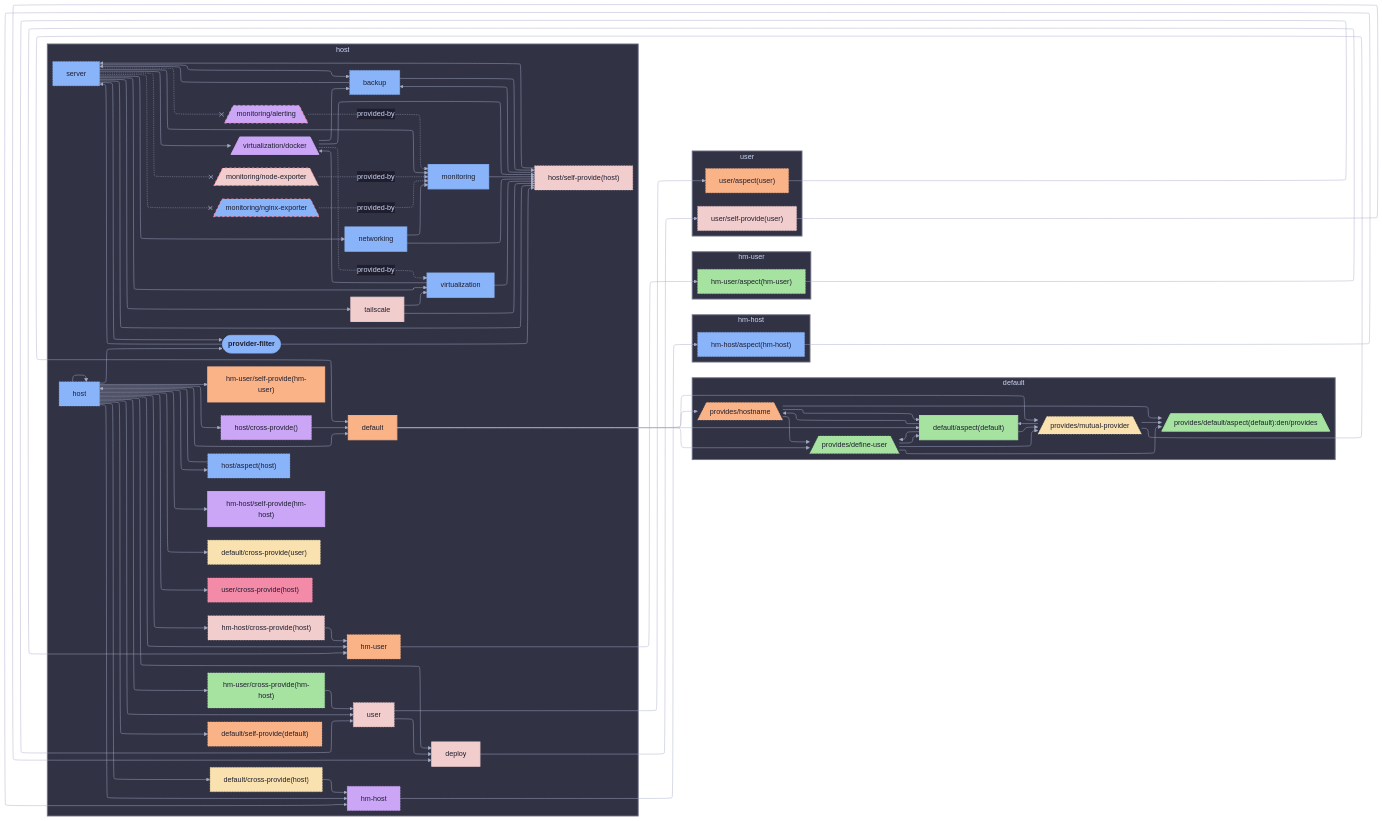
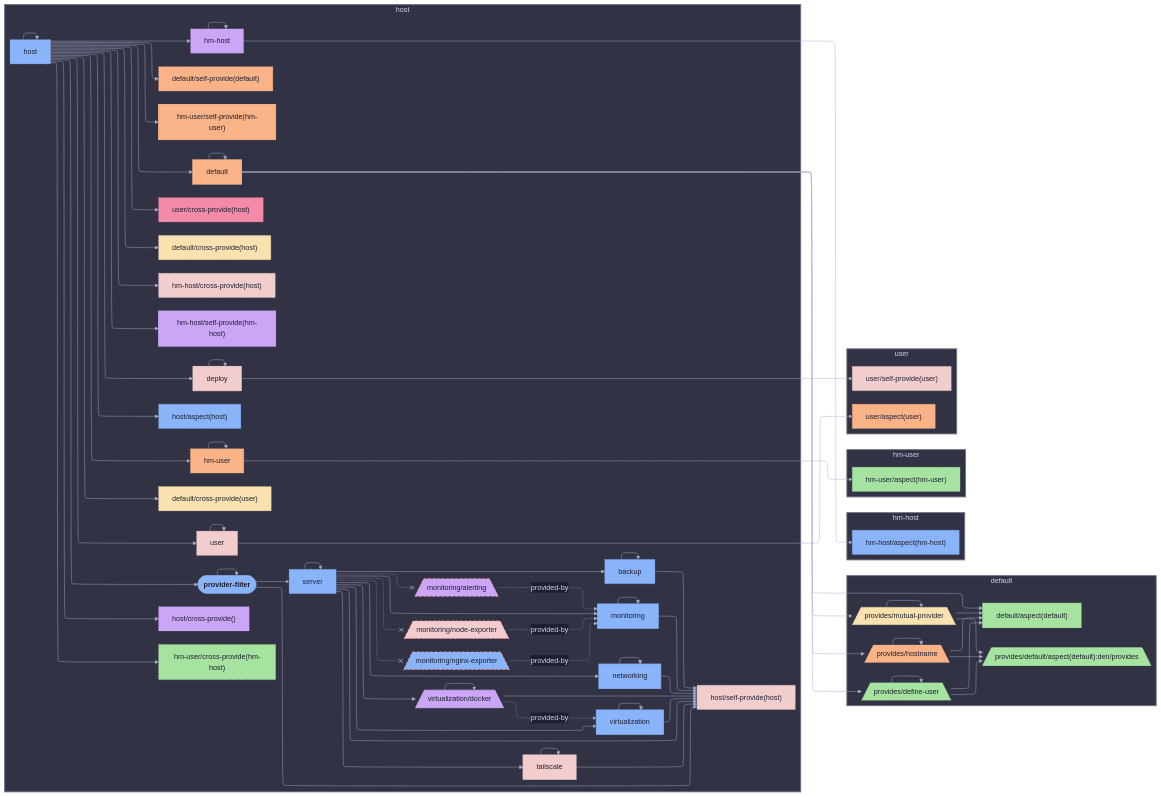
One commit to sini/den changed the first of 3 diagrams in templates/diag-fx-demo/diagrams/provider-filter-dag.md. Above: the diagram before and after it, drawn with Mermaid. The commit also changed other lines of this file and 849 other files, not shown here.

Commit message:
chore: update fx diagrams

```diff
--- a/templates/diag-fx-demo/diagrams/provider-filter-dag.md
+++ b/templates/diag-fx-demo/diagrams/provider-filter-dag.md
@@ -24,8 +24,8 @@
   server["server"]:::server_c
   tailscale["tailscale"]:::tailscale_c
   virtualization["virtualization"]:::virtualization_c
+  backup --> backup
   backup --> host__self_provide_host_
-  backup --> server
   host --> n_default
   host --> default__cross_provide_host_
   host --> default__cross_provide_user_
@@ -43,14 +43,12 @@
   host --> provider_filter
   host --> user
   host --> user__cross_provide_host_
-  host__aspect_host_ --> host
-  host__cross_provide__anon__ --> n_default
-  host__self_provide_host_ --> backup
-  host__self_provide_host_ --> server
   monitoring --> host__self_provide_host_
+  monitoring --> monitoring
   networking --> host__self_provide_host_
-  networking --> monitoring
+  networking --> networking
   provider_filter --> host__self_provide_host_
+  provider_filter --> provider_filter
   provider_filter --> server
   server -.-x monitoring__alerting
   server --> backup
@@ -60,14 +58,14 @@
   server --> networking
   server -.-x monitoring__nginx_exporter
   server -.-x monitoring__node_exporter
-  server --> provider_filter
+  server --> server
   server --> tailscale
   server --> virtualization
   tailscale --> host__self_provide_host_
-  tailscale --> virtualization
-  virtualization --> virtualization__docker
+  tailscale --> tailscale
   virtualization --> host__self_provide_host_
-  virtualization__docker --> backup
+  virtualization --> virtualization
+  virtualization__docker --> virtualization__docker
   virtualization__docker --> host__self_provide_host_
   monitoring__node_exporter -.->|provided-by| monitoring
   monitoring__nginx_exporter -.->|provided-by| monitoring
@@ -84,41 +82,36 @@
   den__provides__define_user[/"provides/define-user"\]:::den__provides__define_user_c
   den__provides__hostname[/"provides/hostname"\]:::den__provides__hostname_c
   den__provides__mutual_provider[/"provides/mutual-provider"\]:::den__provides__mutual_provider_c
+  n_default --> n_default
   n_default --> default__aspect_default_
   n_default --> den__provides__define_user
   n_default --> den__provides__hostname
   n_default --> den__provides__mutual_provider
-  default__aspect_default_ --> den__provides__define_user
-  default__aspect_default_ --> den__provides__hostname
-  default__aspect_default_ --> den__provides__mutual_provider
-  default__cross_provide_host_ --> hm_host
   den__provides__define_user --> default__aspect_default_
   den__provides__define_user --> den__provides__default__aspect_default__den__provides
-  den__provides__define_user --> den__provides__mutual_provider
+  den__provides__define_user --> den__provides__define_user
   den__provides__hostname --> default__aspect_default_
   den__provides__hostname --> den__provides__default__aspect_default__den__provides
-  den__provides__hostname --> den__provides__define_user
-  den__provides__mutual_provider --> n_default
+  den__provides__hostname --> den__provides__hostname
   den__provides__mutual_provider --> default__aspect_default_
   den__provides__mutual_provider --> den__provides__default__aspect_default__den__provides
+  den__provides__mutual_provider --> den__provides__mutual_provider
   end
   subgraph ctx_hm_host["hm-host"]
   hm_host["hm-host"]:::hm_host_c
   hm_host__aspect_hm_host_["hm-host/aspect(hm-host)"]:::hm_host__aspect_hm_host__c
   hm_host__cross_provide_host_["hm-host/cross-provide(host)"]:::hm_host__cross_provide_host__c
   hm_host__self_provide_hm_host_["hm-host/self-provide(hm-host)"]:::hm_host__self_provide_hm_host__c
+  hm_host --> hm_host
   hm_host --> hm_host__aspect_hm_host_
-  hm_host__aspect_hm_host_ --> hm_host
-  hm_host__cross_provide_host_ --> hm_user
   end
   subgraph ctx_hm_user["hm-user"]
   hm_user["hm-user"]:::hm_user_c
   hm_user__aspect_hm_user_["hm-user/aspect(hm-user)"]:::hm_user__aspect_hm_user__c
   hm_user__cross_provide_hm_host_["hm-user/cross-provide(hm-host)"]:::hm_user__cross_provide_hm_host__c
   hm_user__self_provide_hm_user_["hm-user/self-provide(hm-user)"]:::hm_user__self_provide_hm_user__c
+  hm_user --> hm_user
   hm_user --> hm_user__aspect_hm_user_
-  hm_user__aspect_hm_user_ --> hm_user
-  hm_user__cross_provide_hm_host_ --> user
   end
   subgraph ctx_user["user"]
   deploy["deploy"]:::deploy_c
@@ -126,11 +119,10 @@
   user__aspect_user_["user/aspect(user)"]:::user__aspect_user__c
   user__cross_provide_host_["user/cross-provide(host)"]:::user__cross_provide_host__c
   user__self_provide_user_["user/self-provide(user)"]:::user__self_provide_user__c
+  deploy --> deploy
   deploy --> user__self_provide_user_
-  user --> deploy
+  user --> user
   user --> user__aspect_user_
-  user__aspect_user_ --> user
-  user__self_provide_user_ --> deploy
   end
 
 
@@ -164,7 +156,7 @@
   classDef networking_c fill:#89b4fa,stroke:#89b4fa,color:#1e1e2e,stroke-width:2px
   classDef monitoring__nginx_exporter_c fill:#89b4fa,stroke:#f38ba8,color:#1e1e2e,stroke-dasharray: 5 5,stroke-width:2px
   classDef monitoring__node_exporter_c fill:#f2cdcd,stroke:#f38ba8,color:#1e1e2e,stroke-dasharray: 5 5,stroke-width:2px
-  classDef provider_filter_c fill:#89b4fa,stroke:#89b4fa,color:#1e1e2e,stroke-width:3px
+  classDef provider_filter_c fill:#89b4fa,stroke:#89b4fa,color:#1e1e2e,stroke-width:2px
   classDef server_c fill:#89b4fa,stroke:#89b4fa,color:#1e1e2e,stroke-dasharray: 3 3,stroke-width:1px
   classDef tailscale_c fill:#f2cdcd,stroke:#f2cdcd,color:#1e1e2e,stroke-width:2px
   classDef user_c fill:#f2cdcd,stroke:#f2cdcd,color:#1e1e2e,stroke-dasharray: 3 3,stroke-width:1px
```
